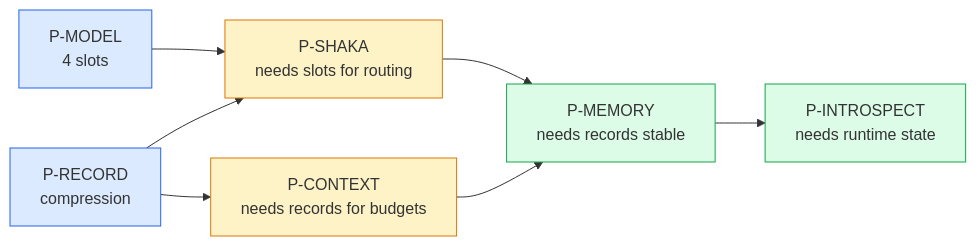
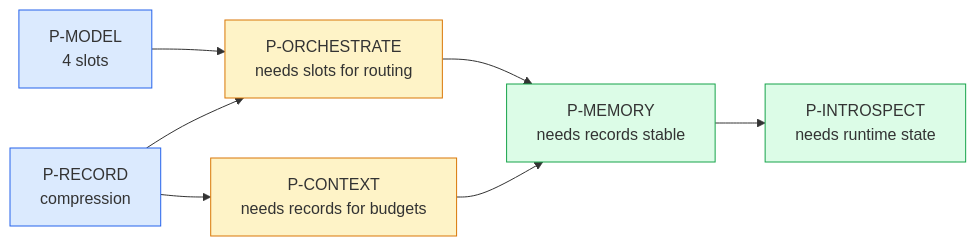
One commit to supernovae-st/nika changed diagram 23 of 23 in docs/vision/11-nika-030-technical-reference.md. Above: the diagram before and after it, drawn with Mermaid. The commit also changed other lines of this file and 72 other files, not shown here.

````diff
--- a/docs/vision/11-nika-030-technical-reference.md
+++ b/docs/vision/11-nika-030-technical-reference.md
@@ -1558,16 +1558,16 @@
 ```mermaid
 flowchart LR
-    PM["P-MODEL\n4 slots"] --> PS["P-SHAKA\nneeds slots for routing"]
+    PM["P-MODEL\n4 slots"] --> PS["P-ORCHESTRATE\nneeds slots for routing"]
     PE["P-RECORD\ncompression"] --> PS
     PE --> PC["P-CONTEXT\nneeds records for budgets"]
     PS --> PMEM["P-MEMORY\nneeds records stable"]
     PC --> PMEM
     PMEM --> PI["P-INTROSPECT\nneeds runtime state"]
 
     style PM fill:#dbeafe,stroke:#2563eb
     style PE fill:#dbeafe,stroke:#2563eb
     style PS fill:#fef3c7,stroke:#d97706
     style PC fill:#fef3c7,stroke:#d97706
     style PMEM fill:#dcfce7,stroke:#16a34a
     style PI fill:#dcfce7,stroke:#16a34a
 ```
````
